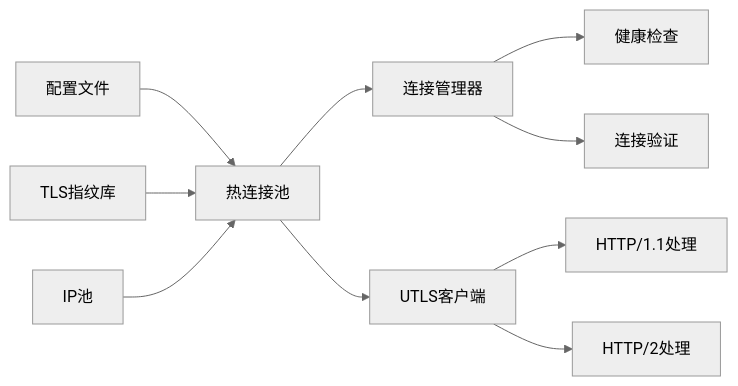
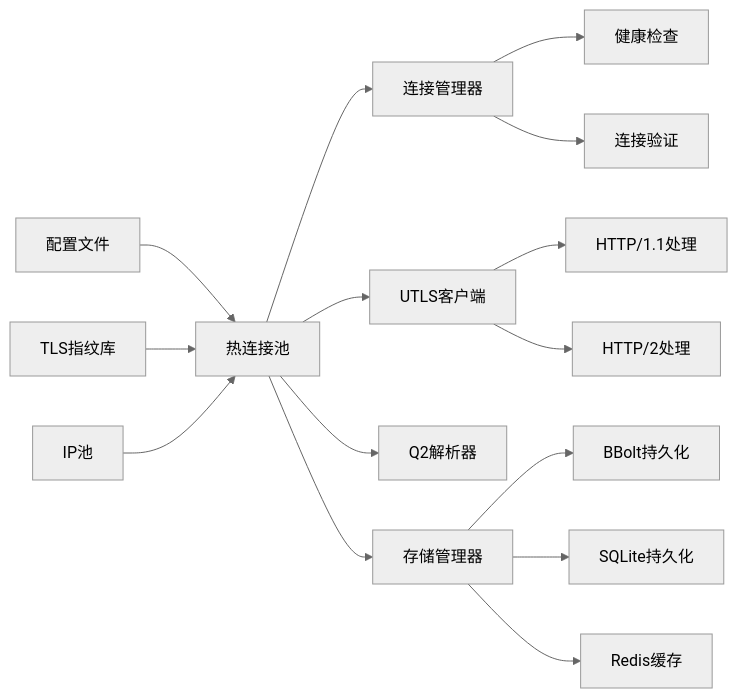
Diagram 13 of 14 in .qoder/repowiki/zh/content/核心功能/核心功能.md (vistone/crawler-platform), drawn with Mermaid (neutral theme) before and after one commit. The commit also changed other lines of this file and 36 other files, not shown here.

````diff
--- a/.qoder/repowiki/zh/content/核心功能/核心功能.md
+++ b/.qoder/repowiki/zh/content/核心功能/核心功能.md
@@ -464,12 +724,17 @@
 ```mermaid
 flowchart LR
 Config[配置文件] --> Pool[热连接池]
 FingerprintLib[TLS指纹库] --> Pool
 IPPool[IP池] --> Pool
 Pool --> ConnMgr[连接管理器]
 ConnMgr --> HealthCheck[健康检查]
 ConnMgr --> Validator[连接验证]
 Pool --> Client[UTLS客户端]
 Client --> HTTP1[HTTP/1.1处理]
 Client --> HTTP2[HTTP/2处理]
+Pool --> Q2Parser[Q2解析器]
+Pool --> Storage[存储管理器]
+Storage --> BBolt[BBolt持久化]
+Storage --> SQLite[SQLite持久化]
+Storage --> Redis[Redis缓存]
 ```
````
